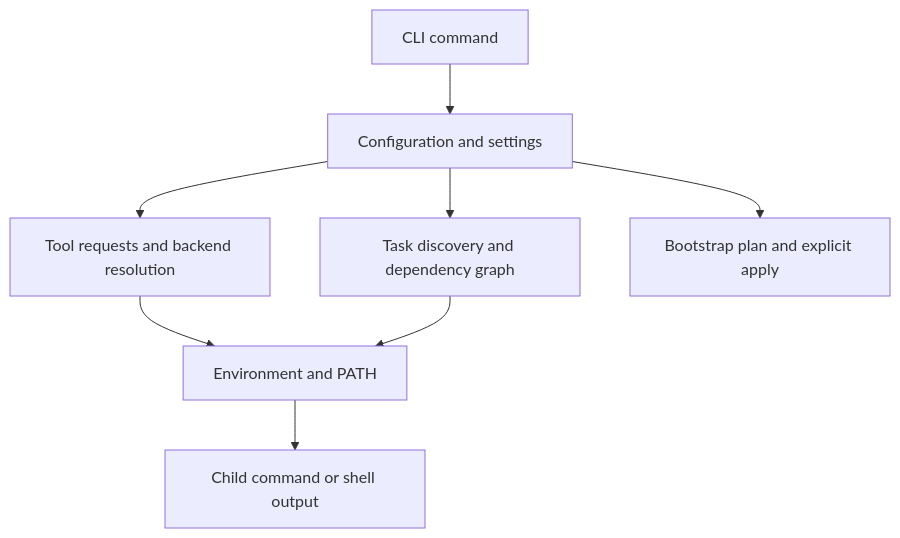
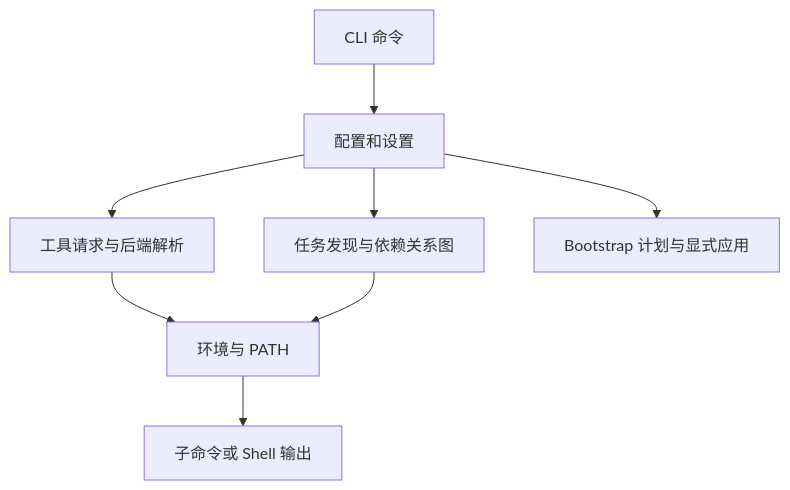
One commit to zhcndoc/mise changed the diagram in docs/architecture.md. Above: the diagram before and after it, drawn with Mermaid. The commit also changed other lines of this file and 156 other files, not shown here.

````diff
--- a/docs/architecture.md
+++ b/docs/architecture.md
@@ -101,10 +81,10 @@
 ```mermaid
 flowchart TD
-    CLI[CLI command] --> Config[Configuration and settings]
-    Config --> Tools[Tool requests and backend resolution]
-    Tools --> Env[Environment and PATH]
-    Env --> Exec[Child command or shell output]
-    Config --> Tasks[Task discovery and dependency graph]
+    CLI[CLI 命令] --> Config[配置和设置]
+    Config --> Tools[工具请求与后端解析]
+    Tools --> Env[环境与 PATH]
+    Env --> Exec[子命令或 Shell 输出]
+    Config --> Tasks[任务发现与依赖关系图]
     Tasks --> Env
-    Config --> Bootstrap[Bootstrap plan and explicit apply]
+    Config --> Bootstrap[Bootstrap 计划与显式应用]
 ```
````
